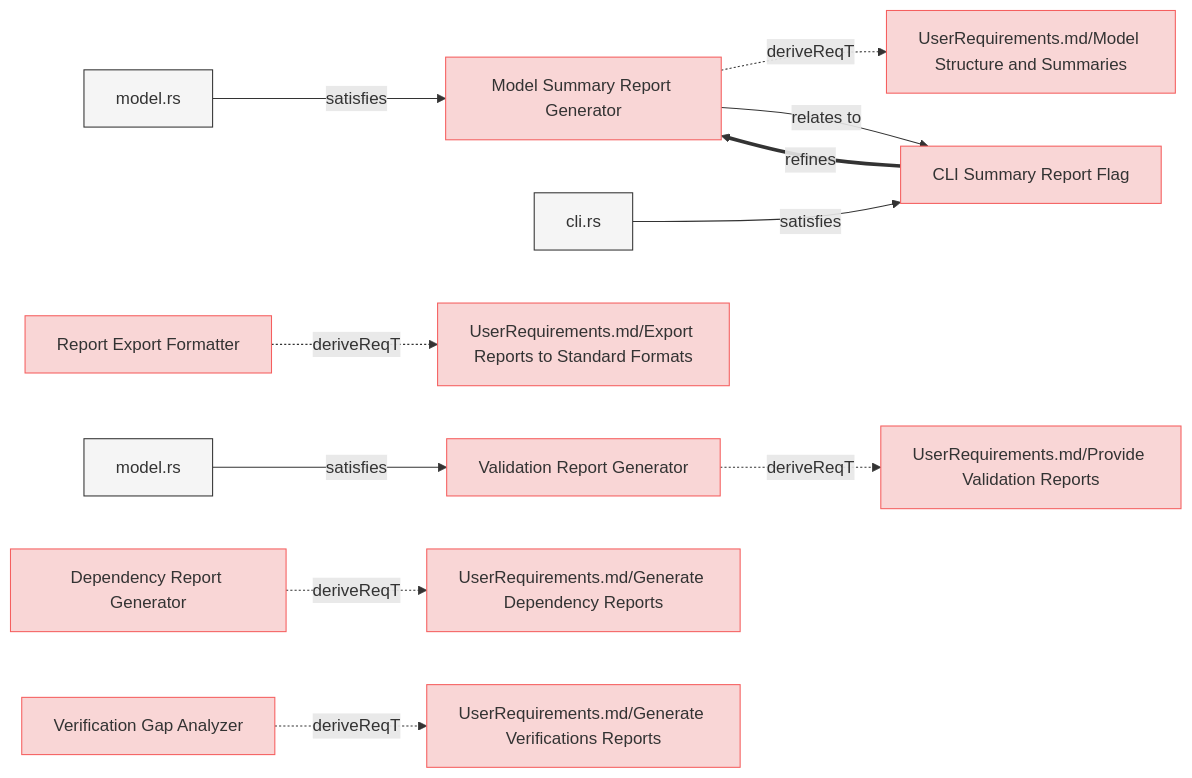
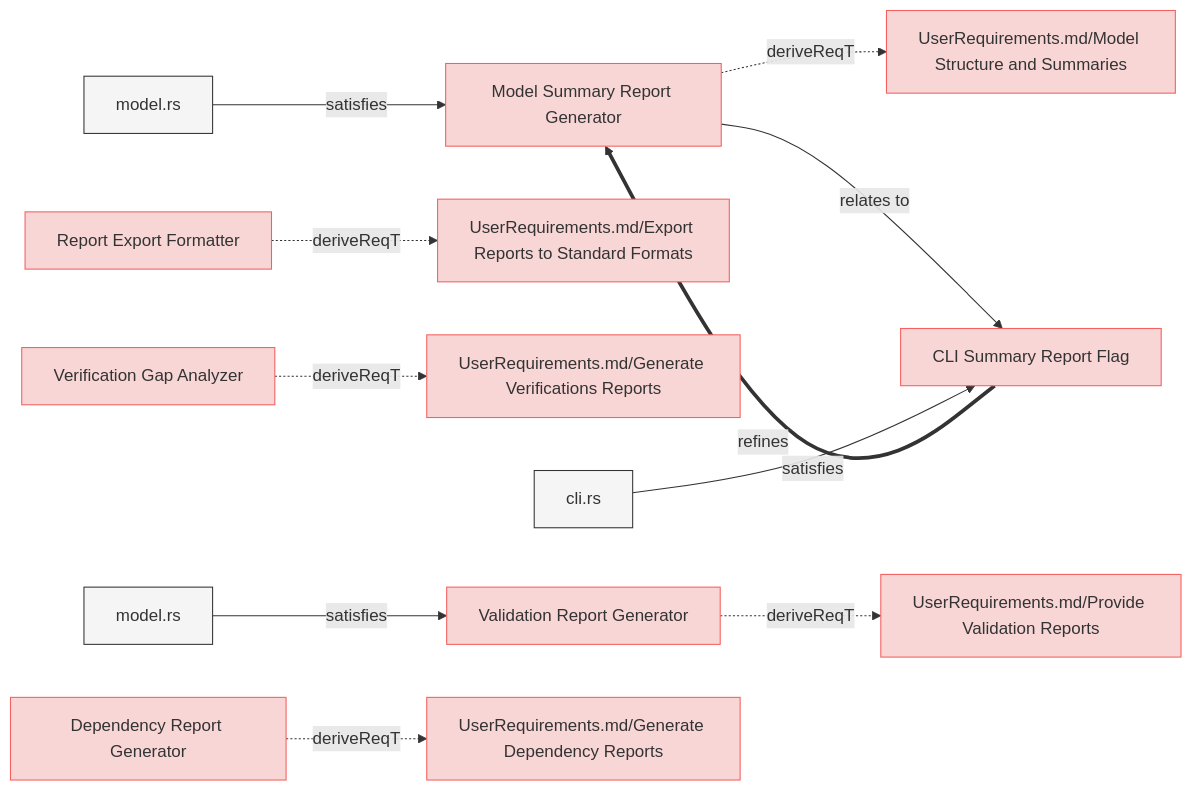
Before and after one commit to reqvire-org/reqvire: the eighth of 8 diagrams in specifications/SystemRequirements/Requirements.md, drawn with Mermaid. The commit also changed other lines of this file and 7 other files, not shown here.

Commit message:
Updated diagrams.

````diff
--- a/specifications/SystemRequirements/Requirements.md
+++ b/specifications/SystemRequirements/Requirements.md
@@ -1007,61 +1007,61 @@
 ```mermaid
 graph LR;
   %% Graph styling
   classDef requirement fill:#f9d6d6,stroke:#f55f5f,stroke-width:1px;
   classDef verification fill:#d6f9d6,stroke:#5fd75f,stroke-width:1px;
   classDef externalLink fill:#d0e0ff,stroke:#3080ff,stroke-width:1px;
   classDef default fill:#f5f5f5,stroke:#333333,stroke-width:1px;
 
   cccd4e46e2["Model Summary Report Generator"];
   click cccd4e46e2 "Requirements.md#model-summary-report-generator";
   class cccd4e46e2 requirement;
   b342220e0d["UserRequirements.md/Model Structure and Summaries"];
   class b342220e0d requirement;
   click b342220e0d "../UserRequirements.md#model-structure-and-summaries";
   cccd4e46e2 -.->|deriveReqT| b342220e0d;
   6292255058["model.rs"];
   class 6292255058 default;
   click 6292255058 "../../core/src/reports.rs";
   6292255058 -->|satisfies| cccd4e46e2;
   6f86272134["CLI Summary Report Flag"];
   class 6f86272134 requirement;
   click 6f86272134 "Requirements.md#cli-summary-report-flag";
   cccd4e46e2 -->|relates to| 6f86272134;
-  6f86272134 ==>|refines| cccd4e46e2;
-  11ffc4632a["cli.rs"];
-  class 11ffc4632a default;
-  click 11ffc4632a "../../cli/src/cli.rs";
-  11ffc4632a -->|satisfies| 6f86272134;
   2ccb7e5510["Report Export Formatter"];
   click 2ccb7e5510 "Requirements.md#report-export-formatter";
   class 2ccb7e5510 requirement;
   2afa7f3a20["UserRequirements.md/Export Reports to Standard Formats"];
   class 2afa7f3a20 requirement;
   click 2afa7f3a20 "../UserRequirements.md#export-reports-to-standard-formats";
   2ccb7e5510 -.->|deriveReqT| 2afa7f3a20;
+  d842bc0e30["Verification Gap Analyzer"];
+  click d842bc0e30 "Requirements.md#verification-gap-analyzer";
+  class d842bc0e30 requirement;
+  d0e9e8d143["UserRequirements.md/Generate Verifications Reports"];
+  class d0e9e8d143 requirement;
+  click d0e9e8d143 "../UserRequirements.md#generate-verifications-reports";
+  d842bc0e30 -.->|deriveReqT| d0e9e8d143;
   143766be8c["Validation Report Generator"];
   click 143766be8c "Requirements.md#validation-report-generator";
   class 143766be8c requirement;
   482c757913["UserRequirements.md/Provide Validation Reports"];
   class 482c757913 requirement;
   click 482c757913 "../UserRequirements.md#provide-validation-reports";
   143766be8c -.->|deriveReqT| 482c757913;
   6136c216c9["model.rs"];
   class 6136c216c9 default;
   click 6136c216c9 "../../core/src/model.rs";
   6136c216c9 -->|satisfies| 143766be8c;
+  6f86272134 ==>|refines| cccd4e46e2;
+  11ffc4632a["cli.rs"];
+  class 11ffc4632a default;
+  click 11ffc4632a "../../cli/src/cli.rs";
+  11ffc4632a -->|satisfies| 6f86272134;
   57cbef16c5["Dependency Report Generator"];
   click 57cbef16c5 "Requirements.md#dependency-report-generator";
   class 57cbef16c5 requirement;
   812d42f453["UserRequirements.md/Generate Dependency Reports"];
   class 812d42f453 requirement;
   click 812d42f453 "../UserRequirements.md#generate-dependency-reports";
   57cbef16c5 -.->|deriveReqT| 812d42f453;
-  d842bc0e30["Verification Gap Analyzer"];
-  click d842bc0e30 "Requirements.md#verification-gap-analyzer";
-  class d842bc0e30 requirement;
-  d0e9e8d143["UserRequirements.md/Generate Verifications Reports"];
-  class d0e9e8d143 requirement;
-  click d0e9e8d143 "../UserRequirements.md#generate-verifications-reports";
-  d842bc0e30 -.->|deriveReqT| d0e9e8d143;
 ```
````
